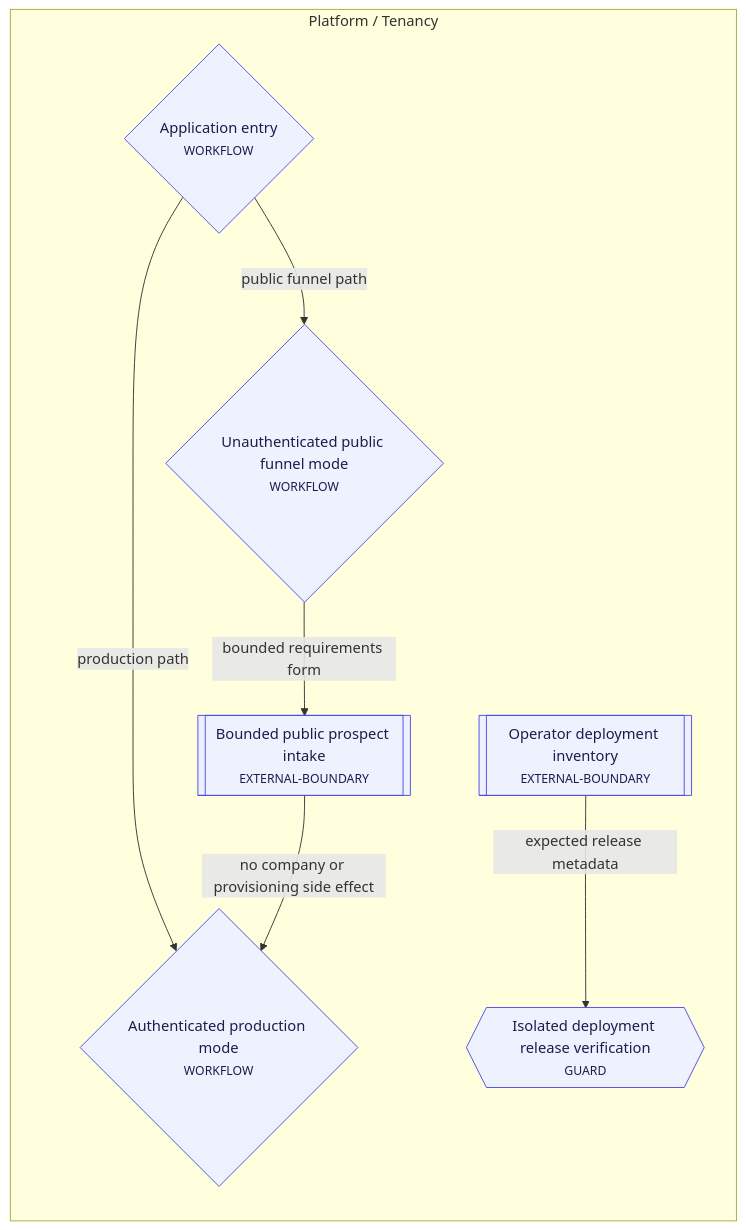
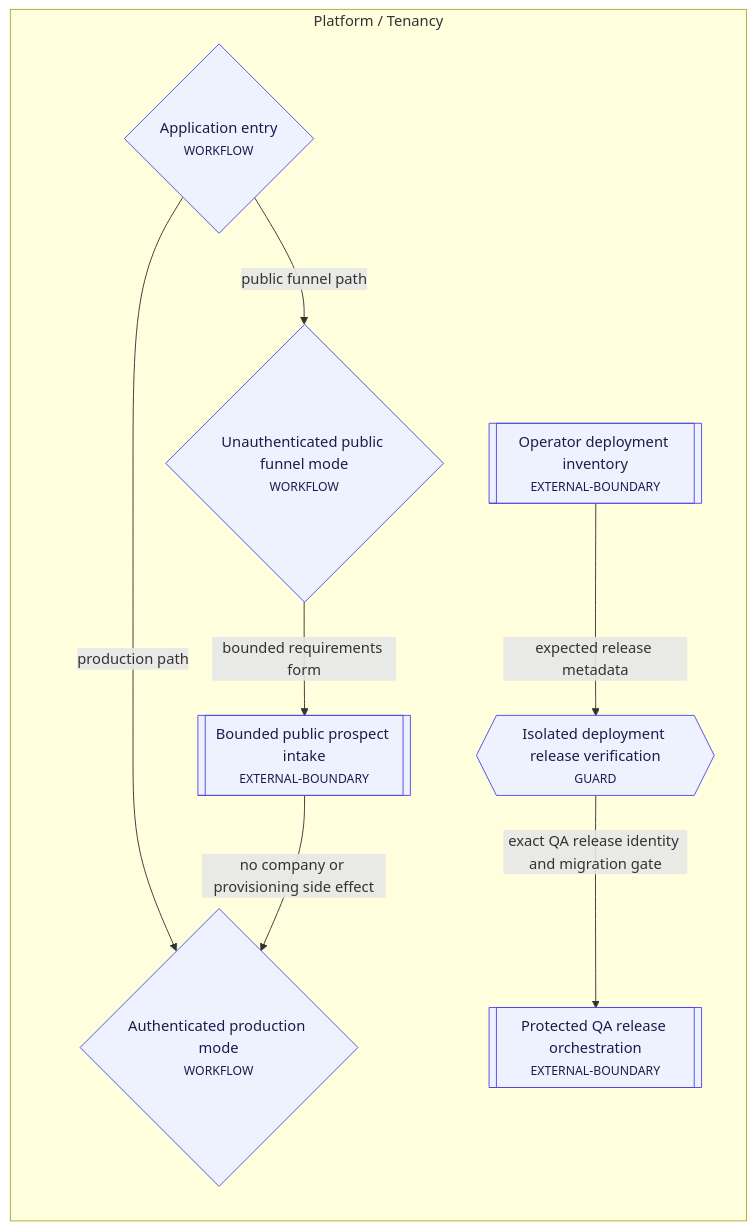
One commit to Juvialski/InvoiceApp changed the fourth of 10 diagrams in docs/architecture/APP_WORKFLOW_MAP.md. Above: the diagram before and after it, drawn with Mermaid. The commit also changed other lines of this file and 20 other files, not shown here.

Commit message:
feat: automate protected QA release promotion

````diff
--- a/docs/architecture/APP_WORKFLOW_MAP.md
+++ b/docs/architecture/APP_WORKFLOW_MAP.md
@@ -346,31 +349,34 @@
 ```mermaid
 flowchart LR
   subgraph g_platformTenancy["Platform / Tenancy"]
     n_platform_entry{"Application entry<br/><small>WORKFLOW</small>"}
     n_public_funnel_mode{"Unauthenticated public funnel mode<br/><small>WORKFLOW</small>"}
     n_public_prospect_intake[["Bounded public prospect intake<br/><small>EXTERNAL-BOUNDARY</small>"]]
     n_deployment_inventory[["Operator deployment inventory<br/><small>EXTERNAL-BOUNDARY</small>"]]
     n_deployment_release_verification{{"Isolated deployment release verification<br/><small>GUARD</small>"}}
+    n_protected_qa_release_orchestration[["Protected QA release orchestration<br/><small>EXTERNAL-BOUNDARY</small>"]]
     n_production_mode{"Authenticated production mode<br/><small>WORKFLOW</small>"}
   end
   n_platform_entry -->|production path| n_production_mode
   n_platform_entry -->|public funnel path| n_public_funnel_mode
   n_public_funnel_mode -->|bounded requirements form| n_public_prospect_intake
   n_public_prospect_intake -->|no company or provisioning side effect| n_production_mode
   n_deployment_inventory -->|expected release metadata| n_deployment_release_verification
+  n_deployment_release_verification -->|exact QA release identity and migration gate| n_protected_qa_release_orchestration
   classDef platformTenancy fill:#eef2ff,stroke:#4f46e5,color:#1e1b4b;
   classDef dashboard fill:#f1f5f9,stroke:#475569,color:#0f172a;
   classDef projects fill:#ecfeff,stroke:#0891b2,color:#164e63;
   classDef engineering fill:#f0fdf4,stroke:#16a34a,color:#14532d;
   classDef inventory fill:#eff6ff,stroke:#2563eb,color:#1e3a8a;
   classDef finance fill:#fff7ed,stroke:#ea580c,color:#7c2d12;
   classDef workforce fill:#fdf4ff,stroke:#c026d3,color:#701a75;
   classDef reporting fill:#fefce8,stroke:#ca8a04,color:#713f12;
   classDef assistant fill:#fdf2f8,stroke:#db2777,color:#831843;
   class n_platform_entry platformTenancy
   class n_public_funnel_mode platformTenancy
   class n_public_prospect_intake platformTenancy
   class n_deployment_inventory platformTenancy
   class n_deployment_release_verification platformTenancy
+  class n_protected_qa_release_orchestration platformTenancy
   class n_production_mode platformTenancy
 ```
````
